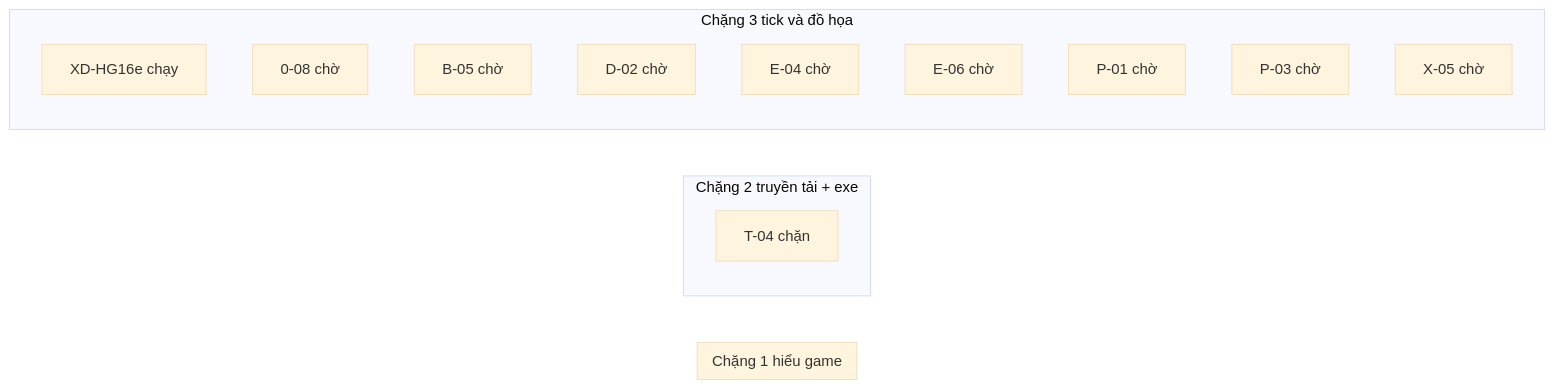
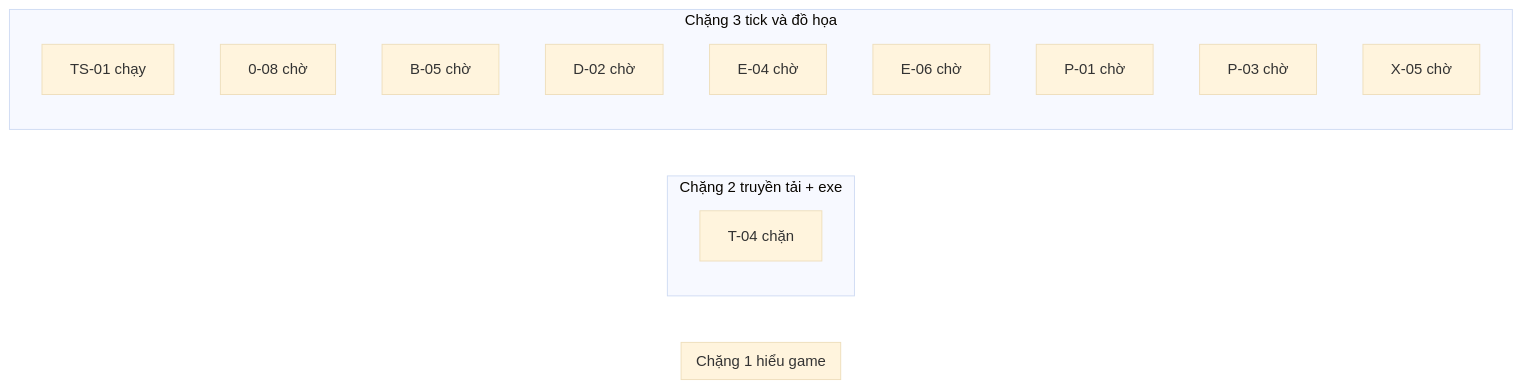
One commit to ndtangoss-dev/jx1-reports changed the diagram in JX1_OPS/STATE/TIEN-DO.md. Above: the diagram before and after it, drawn with Mermaid (base theme). The commit also changed other lines of this file and 4 other files, not shown here.

````diff
--- a/JX1_OPS/STATE/TIEN-DO.md
+++ b/JX1_OPS/STATE/TIEN-DO.md
@@ -9,19 +9,19 @@
 ```mermaid
 flowchart LR
   subgraph S1["Chặng 1 hiểu game"]
   end
   subgraph S2["Chặng 2 truyền tải + exe"]
     T_04["T-04 chặn"]
   end
   subgraph S3["Chặng 3 tick và đồ họa"]
-    XD_HG16e["XD-HG16e chạy"]
+    TS_01["TS-01 chạy"]
     0_08["0-08 chờ"]
     B_05["B-05 chờ"]
     D_02["D-02 chờ"]
     E_04["E-04 chờ"]
     E_06["E-06 chờ"]
     P_01["P-01 chờ"]
     P_03["P-03 chờ"]
     X_05["X-05 chờ"]
   end
 ```
````
